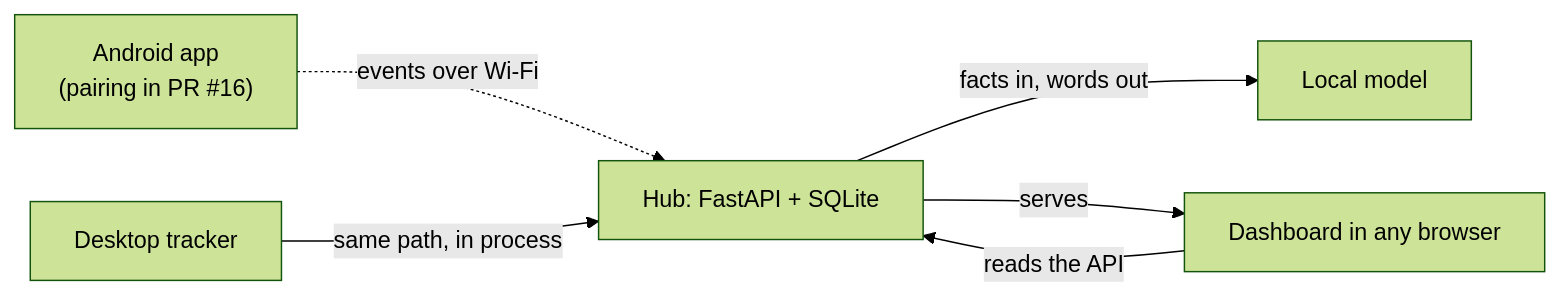
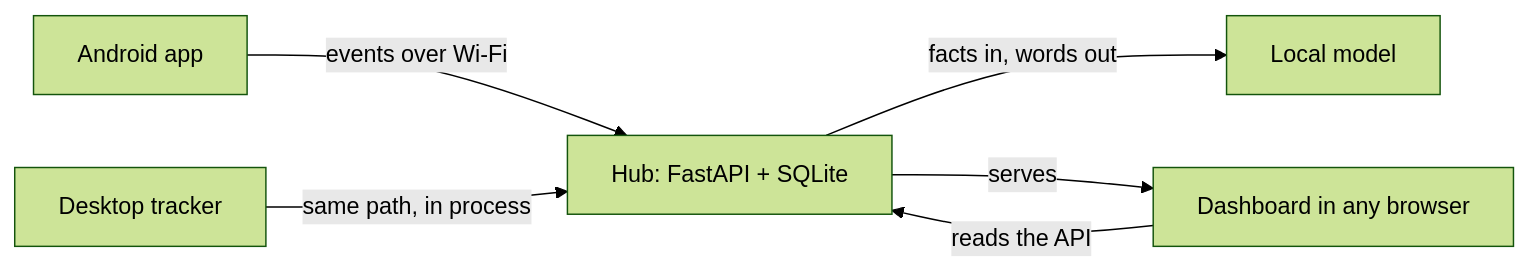
Before and after one commit to SaiGaneshPS/daytrace: the diagram in README.md, drawn with Mermaid (forest theme). The commit also changed other lines of this file and 21 other files, not shown here.

````diff
--- a/README.md
+++ b/README.md
@@ -151,8 +151,8 @@
 ```mermaid
 flowchart LR
-  android["Android app<br/>(pairing in PR #16)"] -. "events over Wi-Fi" .-> hub
+  android["Android app"] -- "events over Wi-Fi" --> hub
   tracker["Desktop tracker"] -- "same path, in process" --> hub
   hub["Hub: FastAPI + SQLite"] -- "facts in, words out" --> llm["Local model"]
   hub -- "serves" --> dash["Dashboard in any browser"]
   dash -- "reads the API" --> hub
 ```
````
